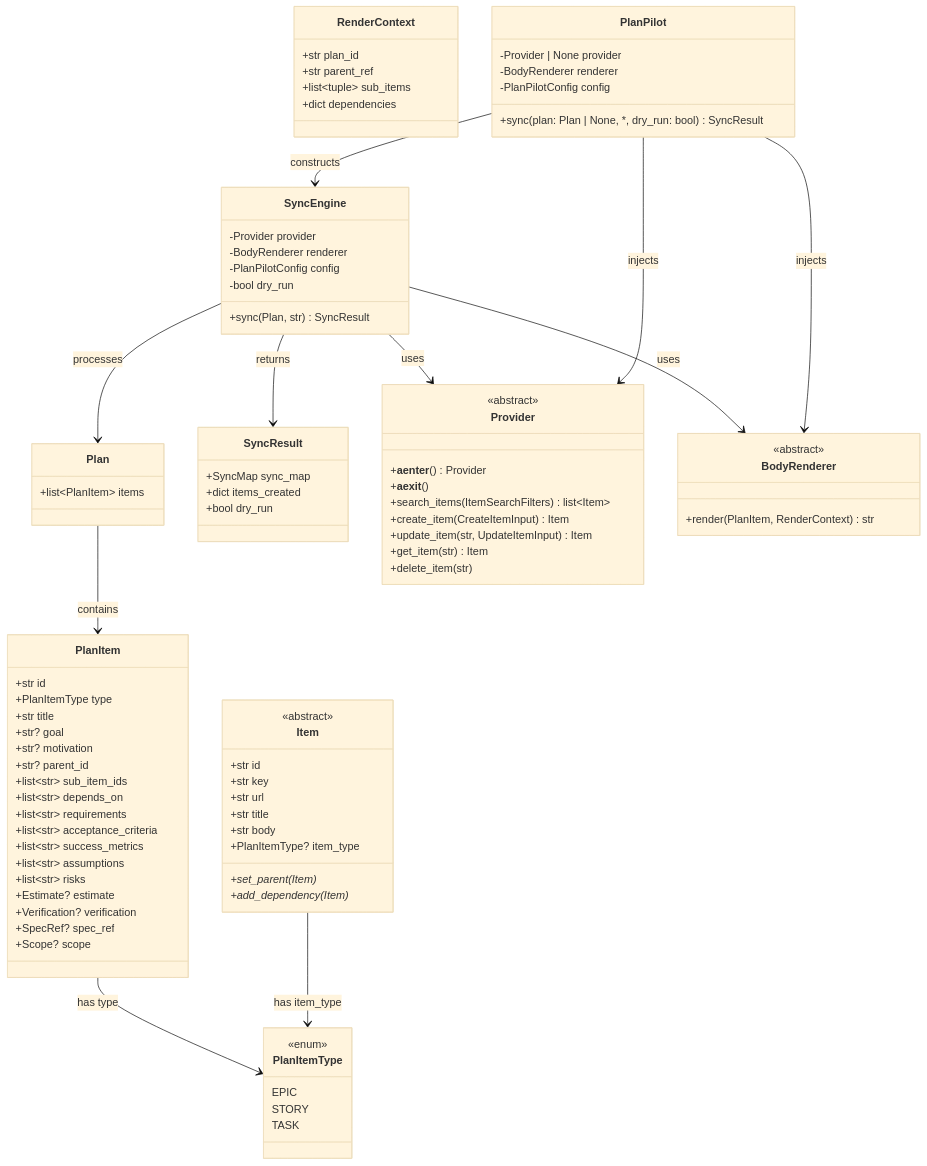
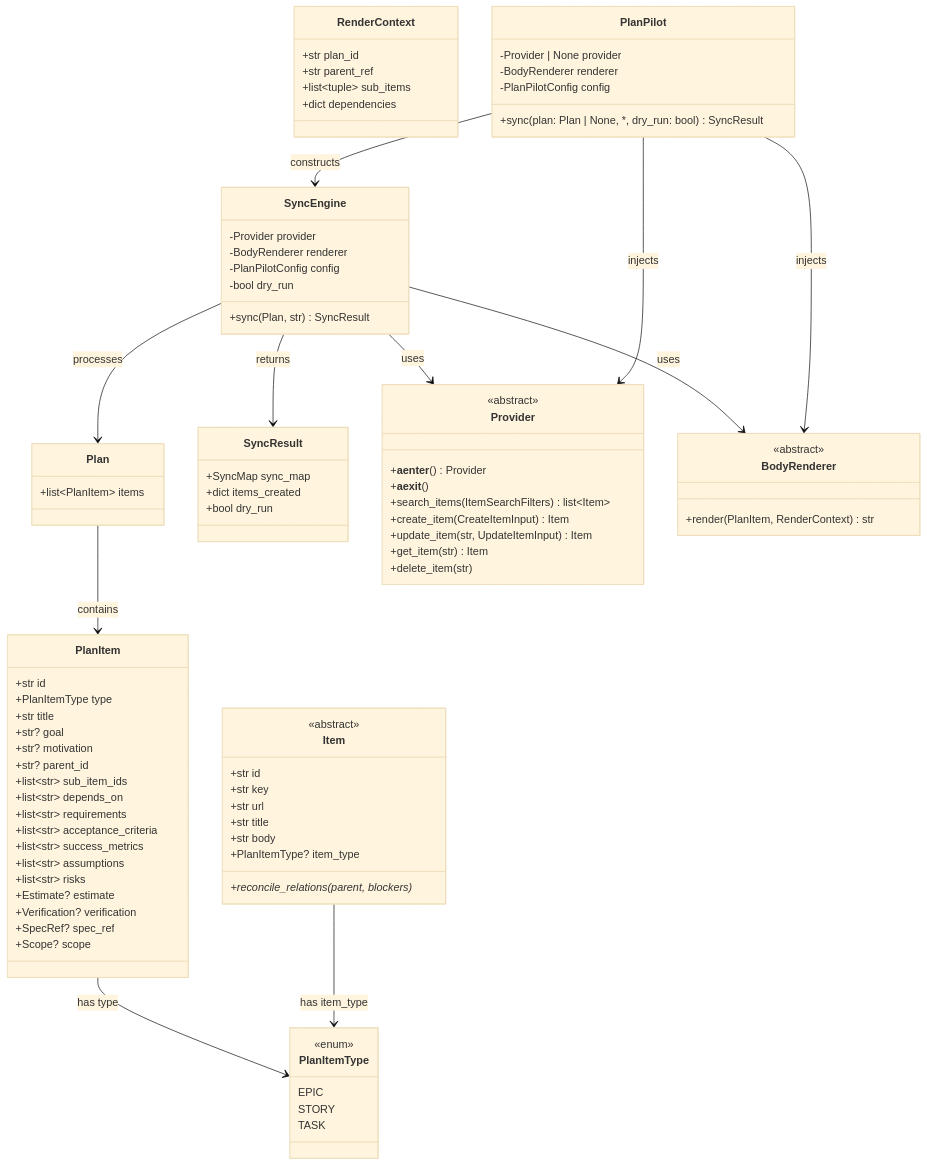
The second of 3 diagrams in docs/design/architecture.md (aryeko/planpilot), drawn with Mermaid (base theme) before and after one commit. The commit also changed other lines of this file and 63 other files, not shown here.

First line of the commit message:
fix: reconcile relations, harden workflows, and tighten docs governance (#76)

```diff
--- a/docs/design/architecture.md
+++ b/docs/design/architecture.md
@@ -153,8 +153,7 @@
         +str title
         +str body
         +PlanItemType? item_type
-        +set_parent(Item)*
-        +add_dependency(Item)*
+        +reconcile_relations(parent, blockers)*
     }
 
     class SyncResult {
```
